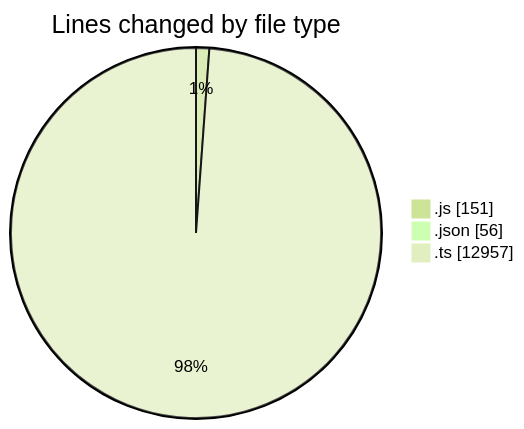
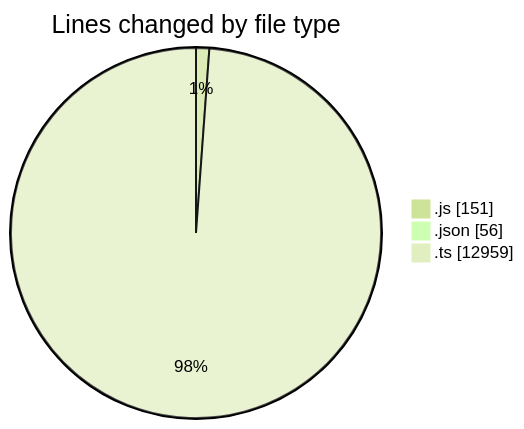
Before and after one commit to momahboobian/code-tracking: the first of 2 diagrams in 2025-09-04/cda/README.md, drawn with Mermaid (forest theme). The commit also changed other lines of this file and 1 other file, not shown here.

````diff
--- a/2025-09-04/cda/README.md
+++ b/2025-09-04/cda/README.md
@@ -30,7 +30,7 @@
 ```mermaid
 pie showData
 title Lines changed by file type
 ".js" : 151
 ".json" : 56
-".ts" : 12957
+".ts" : 12959
 ```
````
